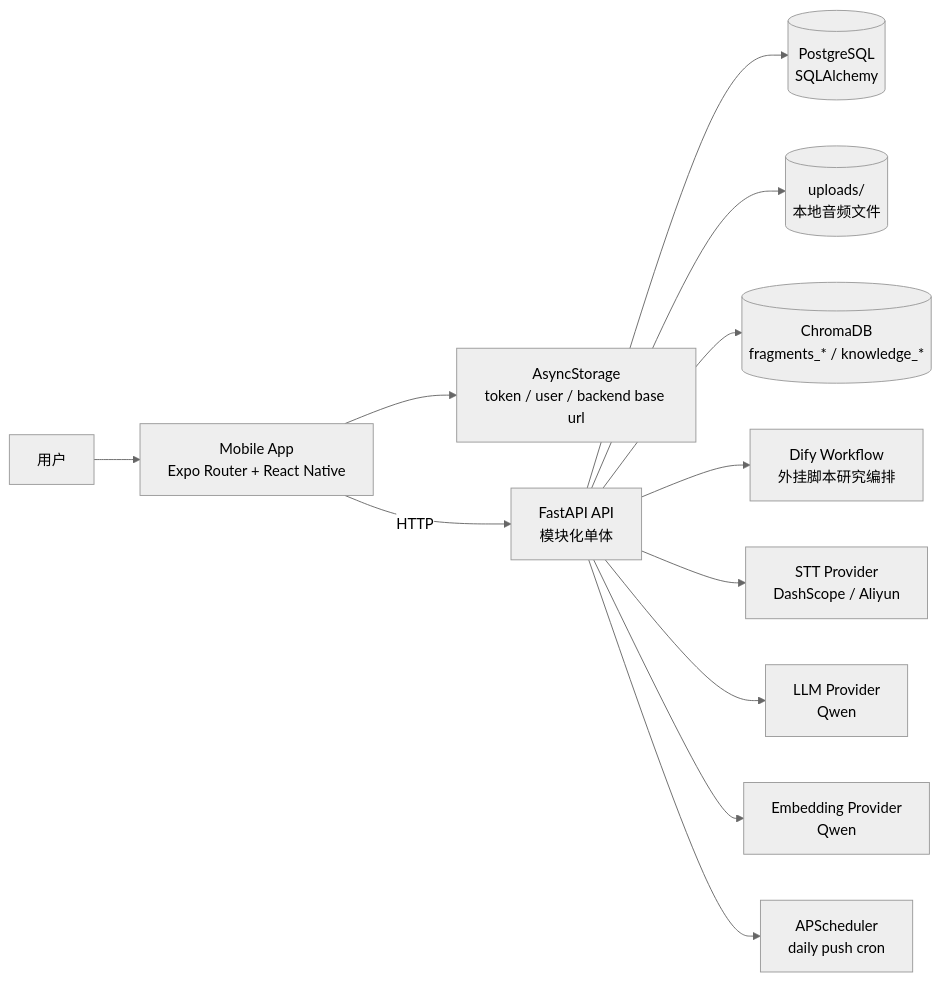
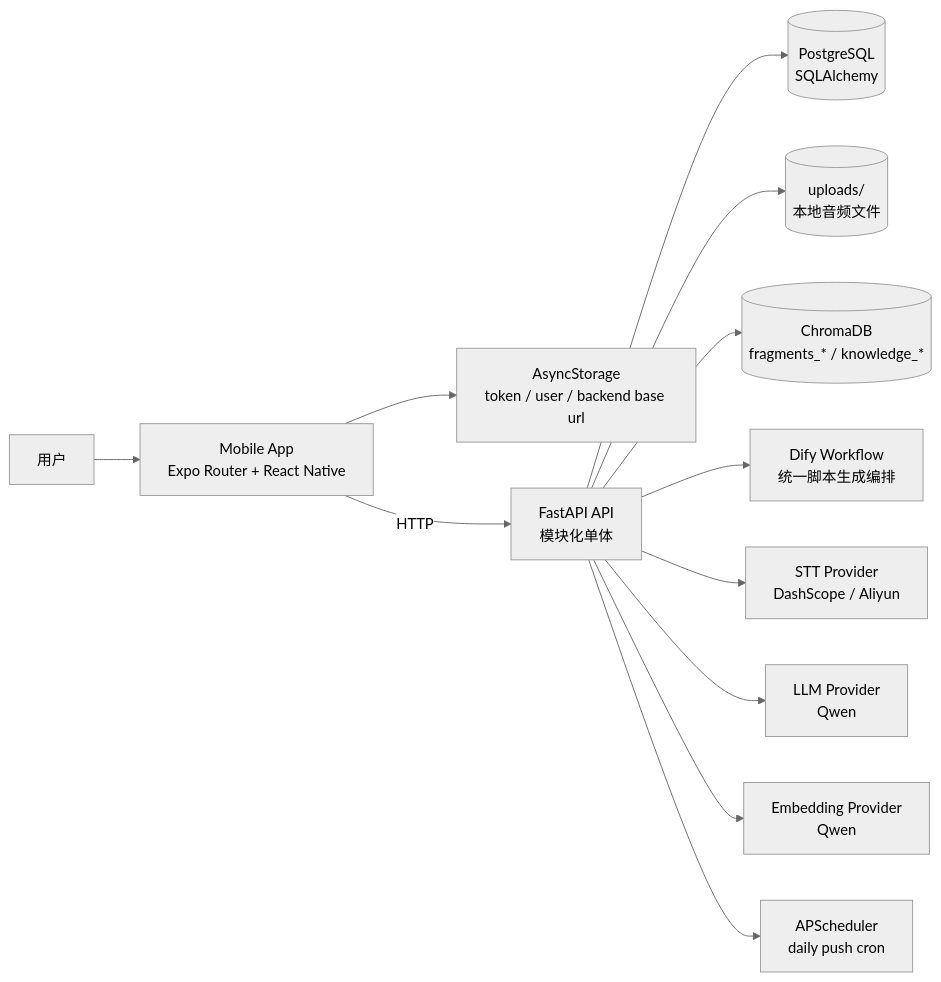
Before and after one commit to YCZA2/SparkFlow: the first of 9 diagrams in memory-bank/architecture.md, drawn with Mermaid (neutral theme). The commit also changed other lines of this file and 15 other files, not shown here.

````diff
--- a/memory-bank/architecture.md
+++ b/memory-bank/architecture.md
@@ -9,27 +9,27 @@
 ```mermaid
 flowchart LR
     U["用户"]
     M["Mobile App<br/>Expo Router + React Native"]
     S["AsyncStorage<br/>token / user / backend base url"]
     API["FastAPI API<br/>模块化单体"]
     DB[("PostgreSQL<br/>SQLAlchemy")]
     FS[("uploads/<user_id><br/>本地音频文件")]
     CHROMA[("ChromaDB<br/>fragments_* / knowledge_*")]
-    DIFY["Dify Workflow<br/>外挂脚本研究编排"]
+    DIFY["Dify Workflow<br/>统一脚本生成编排"]
     STT["STT Provider<br/>DashScope / Aliyun"]
     LLM["LLM Provider<br/>Qwen"]
     EMB["Embedding Provider<br/>Qwen"]
     SCH["APScheduler<br/>daily push cron"]
 
     U --> M
     M --> S
     M -->|HTTP| API
     API --> DB
     API --> FS
     API --> CHROMA
     API --> DIFY
     API --> STT
     API --> LLM
     API --> EMB
     API --> SCH
 ```
````
